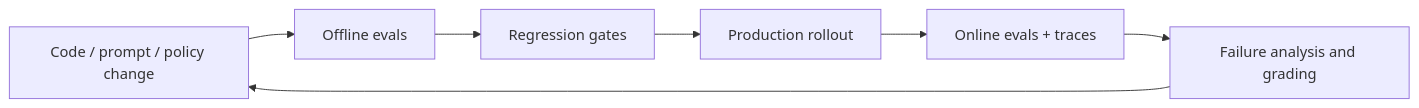
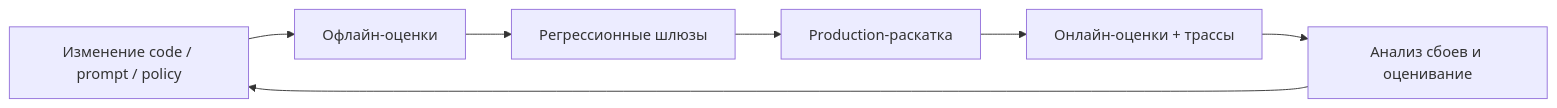
The diagram in docs/book/part-v/chapter-13.md (agent-axiom/agent-arch), drawn with Mermaid before and after one commit. The commit also changed other lines of this file, not shown here.

````diff
--- a/docs/book/part-v/chapter-13.md
+++ b/docs/book/part-v/chapter-13.md
@@ -108,9 +108,9 @@
 ``` mermaid
 flowchart LR
-    A["Code / prompt / policy change"] --> B["Offline evals"]
-    B --> C["Regression gates"]
-    C --> D["Production rollout"]
-    D --> E["Online evals + traces"]
-    E --> F["Failure analysis and grading"]
+    A["Изменение code / prompt / policy"] --> B["Офлайн-оценки"]
+    B --> C["Регрессионные шлюзы"]
+    C --> D["Production-раскатка"]
+    D --> E["Онлайн-оценки + трассы"]
+    E --> F["Анализ сбоев и оценивание"]
     F --> A
 ```
````
